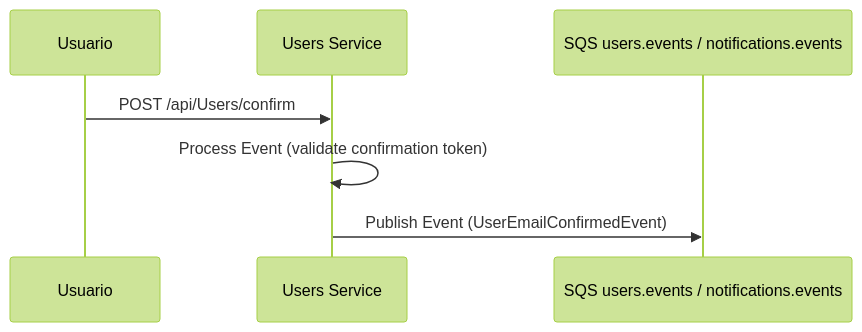
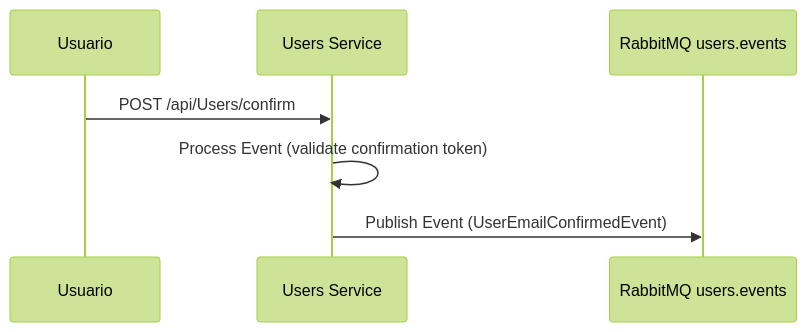
Before and after one commit to louresb/cloud-games-fase-4-users: the fourth of 5 diagrams in README.md, drawn with Mermaid (forest theme). The commit also changed other lines of this file and 1 other file, not shown here.

Commit message:
Align users documentation and dependency patch

````diff
--- a/README.md
+++ b/README.md
@@ -122,10 +119,10 @@
 ```mermaid
 sequenceDiagram
     participant User as Usuario
     participant Users as Users Service
-    participant SQSEvents as SQS users.events / notifications.events
+    participant Events as RabbitMQ users.events
 
     User->>Users: POST /api/Users/confirm
     Users->>Users: Process Event (validate confirmation token)
-    Users->>SQSEvents: Publish Event (UserEmailConfirmedEvent)
+    Users->>Events: Publish Event (UserEmailConfirmedEvent)
 ```
````
